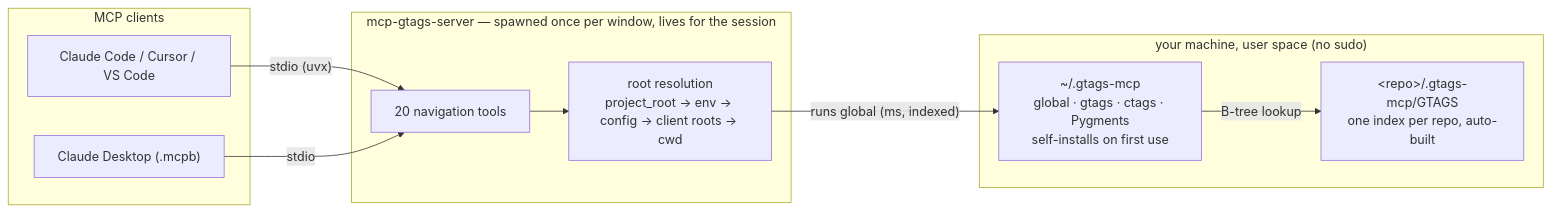
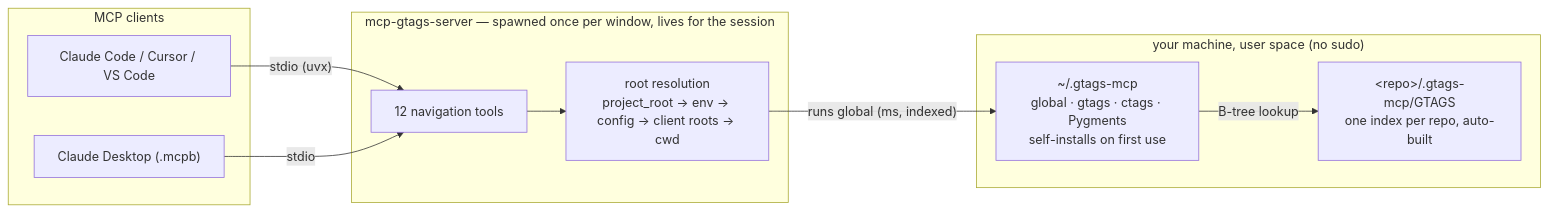
Before and after one commit to harshithsunku/mcp-gtags-server: the first of 2 diagrams in README.md, drawn with Mermaid. The commit also changed other lines of this file and 6 other files, not shown here.

````diff
--- a/README.md
+++ b/README.md
@@ -383,23 +375,23 @@
 ```mermaid
 flowchart LR
     subgraph clients["MCP clients"]
         CC["Claude Code / Cursor / VS Code"]
         CD["Claude Desktop (.mcpb)"]
     end
 
     subgraph proc["mcp-gtags-server — spawned once per window, lives for the session"]
-        T["20 navigation tools"]
+        T["12 navigation tools"]
         RR["root resolution<br/>project_root → env → config → client roots → cwd"]
     end
 
     subgraph disk["your machine, user space (no sudo)"]
         TC["~/.gtags-mcp<br/>global · gtags · ctags · Pygments<br/>self-installs on first use"]
         IX["&lt;repo&gt;/.gtags-mcp/GTAGS<br/>one index per repo, auto-built"]
     end
 
     CC -- "stdio (uvx)" --> T
     CD -- "stdio" --> T
     T --> RR
     RR -- "runs global (ms, indexed)" --> TC
     TC -- "B-tree lookup" --> IX
 ```
````
